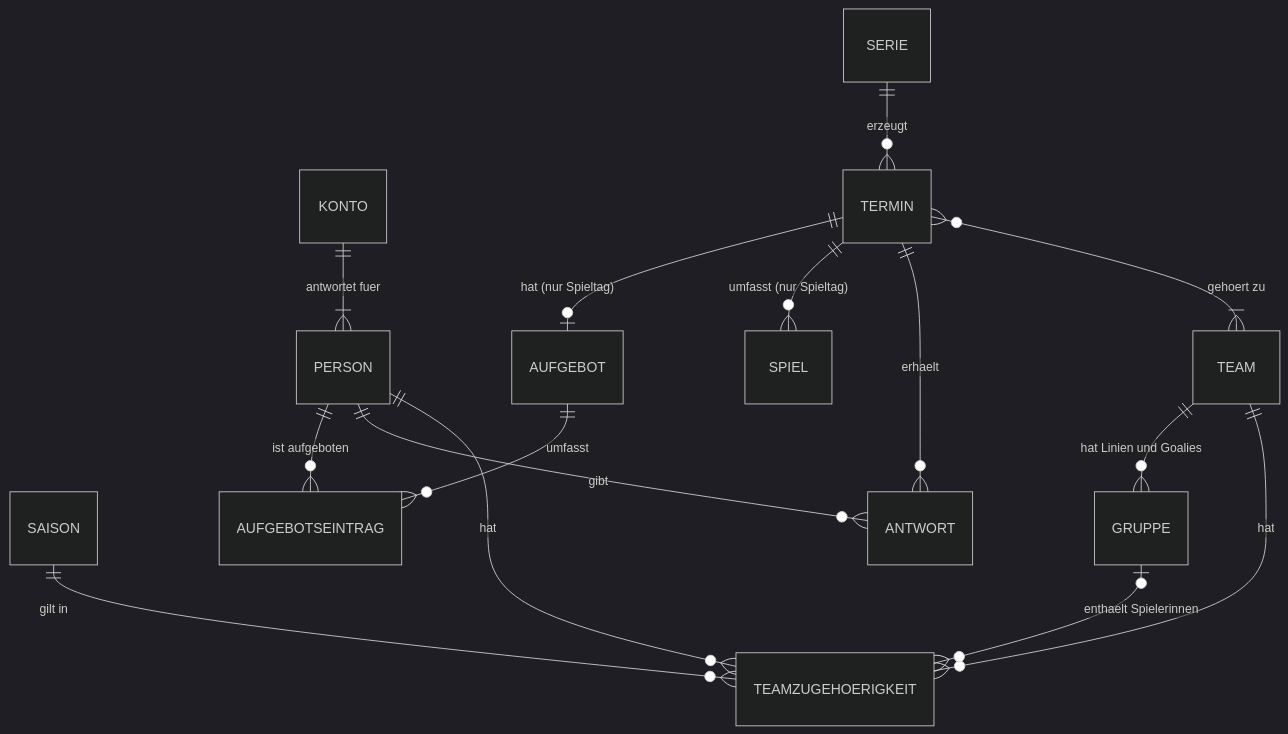
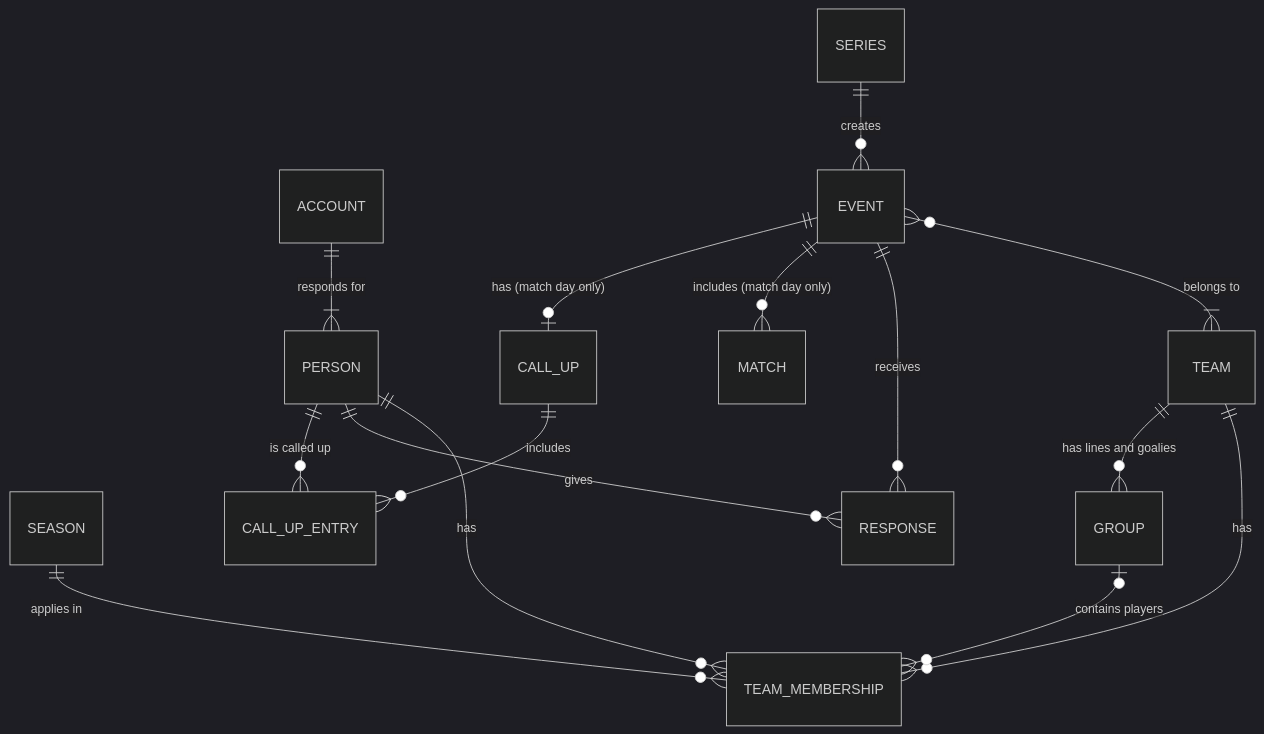
Before and after one commit to cyrilleulmi/StvBeroPlatform: the diagram in docs/domain-model.md, drawn with Mermaid (dark theme). The commit also changed other lines of this file and 19 other files, not shown here.

````diff
--- a/docs/domain-model.md
+++ b/docs/domain-model.md
@@ -29,17 +29,17 @@
 ```mermaid
 erDiagram
-    KONTO ||--|{ PERSON : "antwortet fuer"
-    PERSON ||--o{ TEAMZUGEHOERIGKEIT : hat
-    TEAM ||--o{ TEAMZUGEHOERIGKEIT : hat
-    SAISON ||--o{ TEAMZUGEHOERIGKEIT : "gilt in"
-    TEAM ||--o{ GRUPPE : "hat Linien und Goalies"
-    GRUPPE |o--o{ TEAMZUGEHOERIGKEIT : "enthaelt Spielerinnen"
-    SERIE ||--o{ TERMIN : erzeugt
-    TERMIN }o--|{ TEAM : "gehoert zu"
-    TERMIN ||--o{ ANTWORT : erhaelt
-    PERSON ||--o{ ANTWORT : gibt
-    TERMIN ||--o{ SPIEL : "umfasst (nur Spieltag)"
-    TERMIN ||--o| AUFGEBOT : "hat (nur Spieltag)"
-    AUFGEBOT ||--o{ AUFGEBOTSEINTRAG : umfasst
-    PERSON ||--o{ AUFGEBOTSEINTRAG : "ist aufgeboten"
+    ACCOUNT ||--|{ PERSON : "responds for"
+    PERSON ||--o{ TEAM_MEMBERSHIP : has
+    TEAM ||--o{ TEAM_MEMBERSHIP : has
+    SEASON ||--o{ TEAM_MEMBERSHIP : "applies in"
+    TEAM ||--o{ GROUP : "has lines and goalies"
+    GROUP |o--o{ TEAM_MEMBERSHIP : "contains players"
+    SERIES ||--o{ EVENT : creates
+    EVENT }o--|{ TEAM : "belongs to"
+    EVENT ||--o{ RESPONSE : receives
+    PERSON ||--o{ RESPONSE : gives
+    EVENT ||--o{ MATCH : "includes (match day only)"
+    EVENT ||--o| CALL_UP : "has (match day only)"
+    CALL_UP ||--o{ CALL_UP_ENTRY : includes
+    PERSON ||--o{ CALL_UP_ENTRY : "is called up"
 ```
````
